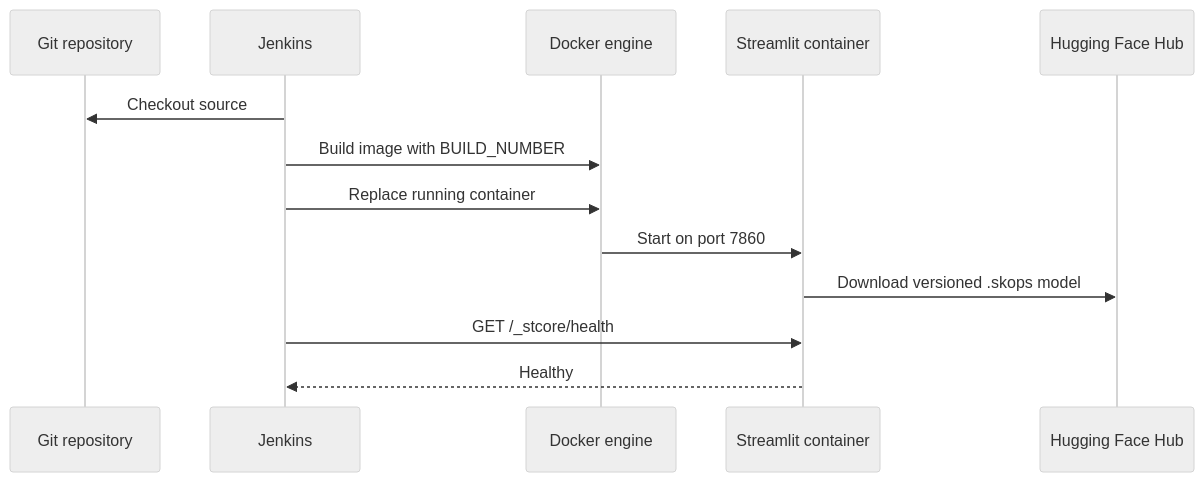
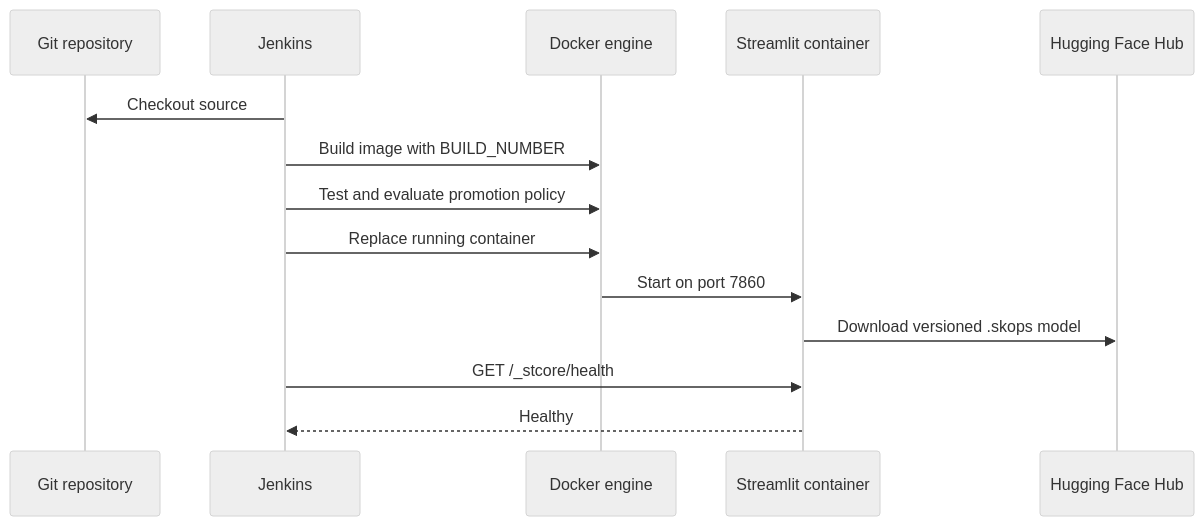
Before and after one commit to timayabi2020/wellness_tourism_mlops: the second of 2 diagrams in README.md, drawn with Mermaid (neutral theme). The commit also changed other lines of this file and 6 other files, not shown here.

````diff
--- a/README.md
+++ b/README.md
@@ -168,16 +170,17 @@
 ```mermaid
 sequenceDiagram
 	participant Git as Git repository
 	participant Jenkins
 	participant Docker as Docker engine
 	participant App as Streamlit container
 	participant HF as Hugging Face Hub
 
 	Jenkins->>Git: Checkout source
 	Jenkins->>Docker: Build image with BUILD_NUMBER
+	Jenkins->>Docker: Test and evaluate promotion policy
 	Jenkins->>Docker: Replace running container
 	Docker->>App: Start on port 7860
 	App->>HF: Download versioned .skops model
 	Jenkins->>App: GET /_stcore/health
 	App-->>Jenkins: Healthy
 ```
````
